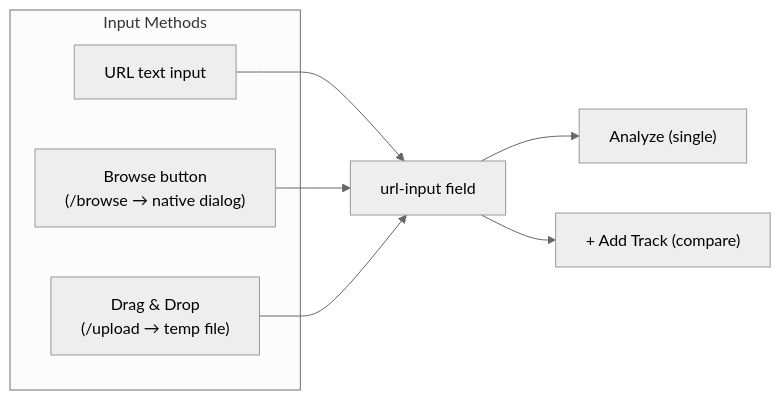
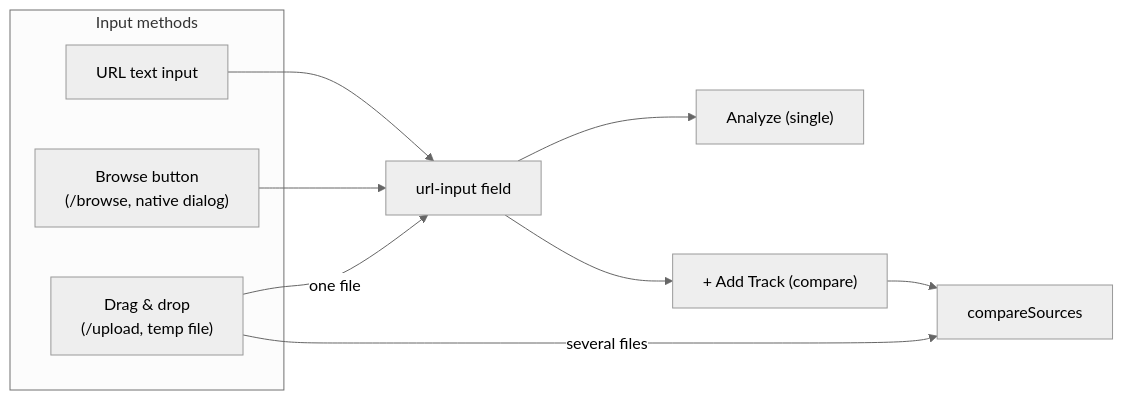
The tenth of 18 diagrams in docs/architecture.md (semnil/analyze-spectrum), drawn with Mermaid (neutral theme) before and after one commit. The commit also changed other lines of this file and 7 other files, not shown here.

````diff
--- a/docs/architecture.md
+++ b/docs/architecture.md
@@ -255,15 +269,17 @@
 ```mermaid
 flowchart LR
-    subgraph "Input Methods"
+    subgraph "Input methods"
         URL["URL text input"]
-        BROWSE["Browse button<br>(/browse → native dialog)"]
-        DND["Drag & Drop<br>(/upload → temp file)"]
+        BROWSE["Browse button<br>(/browse, native dialog)"]
+        DND["Drag & drop<br>(/upload, temp file)"]
     end
 
     URL --> INPUT["url-input field"]
     BROWSE --> INPUT
-    DND --> INPUT
+    DND -->|"one file"| INPUT
+    DND -->|"several files"| QUEUE["compareSources"]
 
     INPUT --> ANALYZE["Analyze (single)"]
     INPUT --> ADD["+ Add Track (compare)"]
+    ADD --> QUEUE
 ```
````
